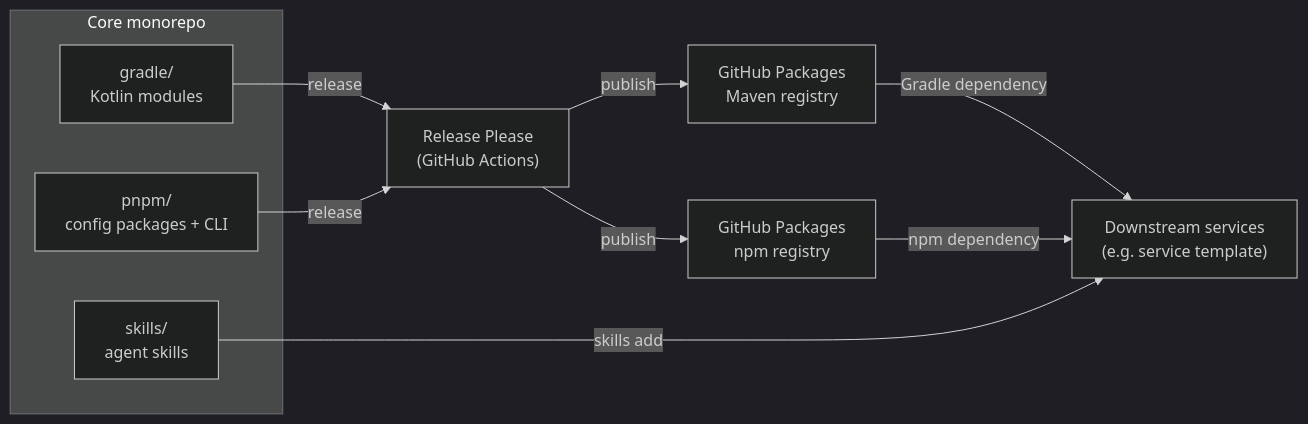
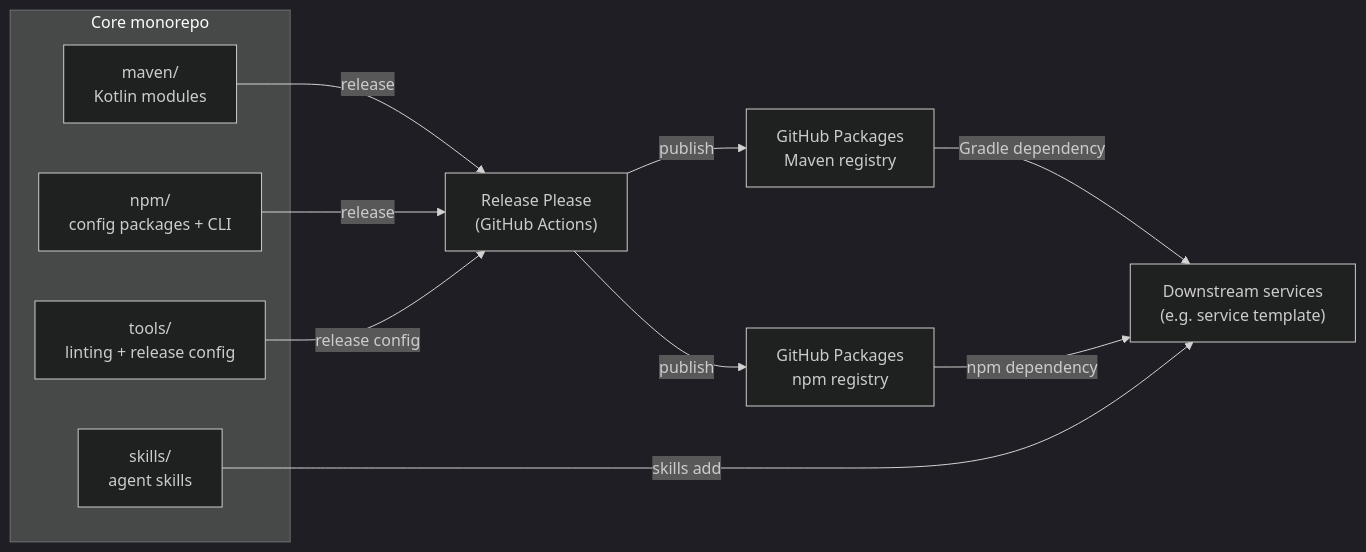
Before and after one commit to aimarchirico/core: the diagram in docs/ARCHITECTURE.md, drawn with Mermaid (dark theme). The commit also changed other lines of this file and 3 other files, not shown here.

Commit message:
docs: rename registry targets to maven and npm

````diff
--- a/docs/ARCHITECTURE.md
+++ b/docs/ARCHITECTURE.md
@@ -12,23 +12,25 @@
 ```mermaid
 graph LR
     subgraph Core["Core monorepo"]
-        gradle["gradle/<br/>Kotlin modules"]
-        pnpm["pnpm/<br/>config packages + CLI"]
+        maven_src["maven/<br/>Kotlin modules"]
+        npm_src["npm/<br/>config packages + CLI"]
+        tools_src["tools/<br/>linting + release config"]
         skills["skills/<br/>agent skills"]
     end
 
     rp["Release Please<br/>(GitHub Actions)"]
-    maven["GitHub Packages<br/>Maven registry"]
-    npm["GitHub Packages<br/>npm registry"]
+    maven_reg["GitHub Packages<br/>Maven registry"]
+    npm_reg["GitHub Packages<br/>npm registry"]
 
     consumers["Downstream services<br/>(e.g. service template)"]
 
-    gradle -->|release| rp
-    pnpm -->|release| rp
-    rp -->|publish| maven
-    rp -->|publish| npm
+    maven_src -->|release| rp
+    npm_src -->|release| rp
+    tools_src -->|release config| rp
+    rp -->|publish| maven_reg
+    rp -->|publish| npm_reg
 
-    maven -->|Gradle dependency| consumers
-    npm -->|npm dependency| consumers
+    maven_reg -->|Gradle dependency| consumers
+    npm_reg -->|npm dependency| consumers
     skills -->|skills add| consumers
 ```
````
